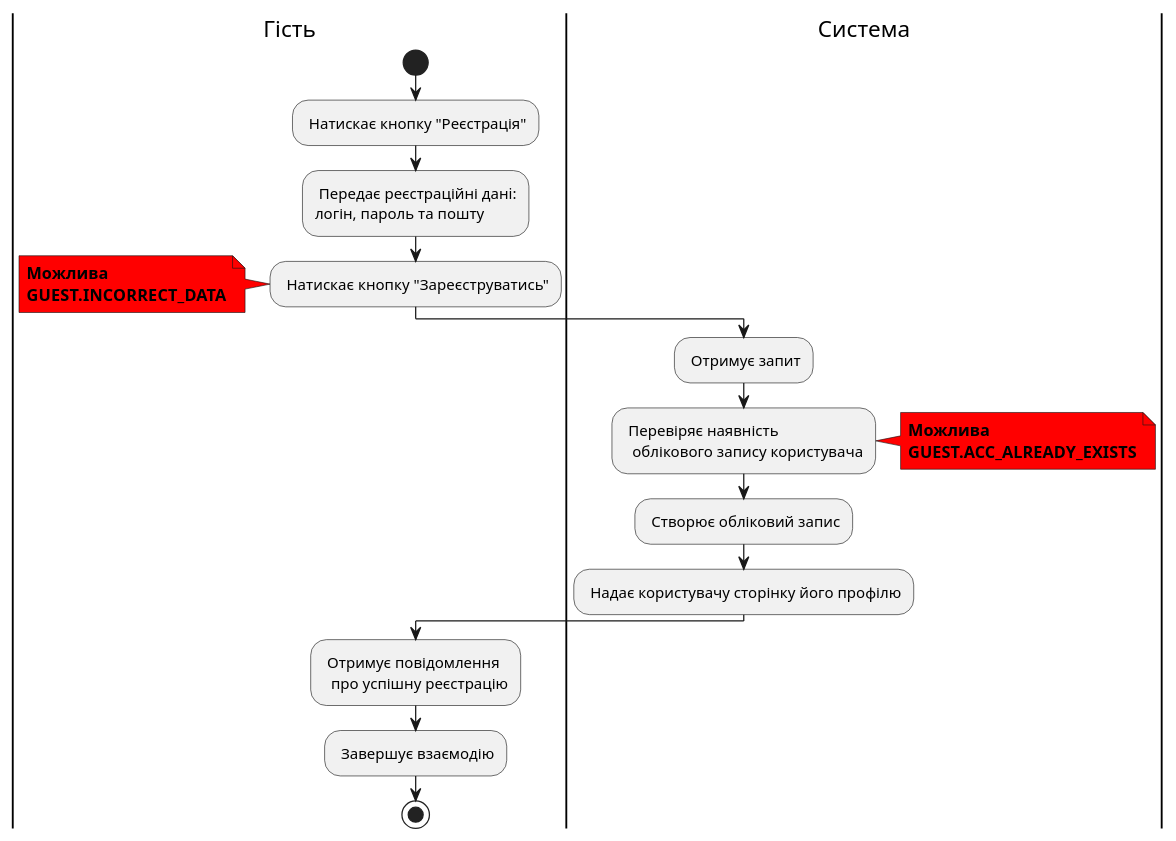
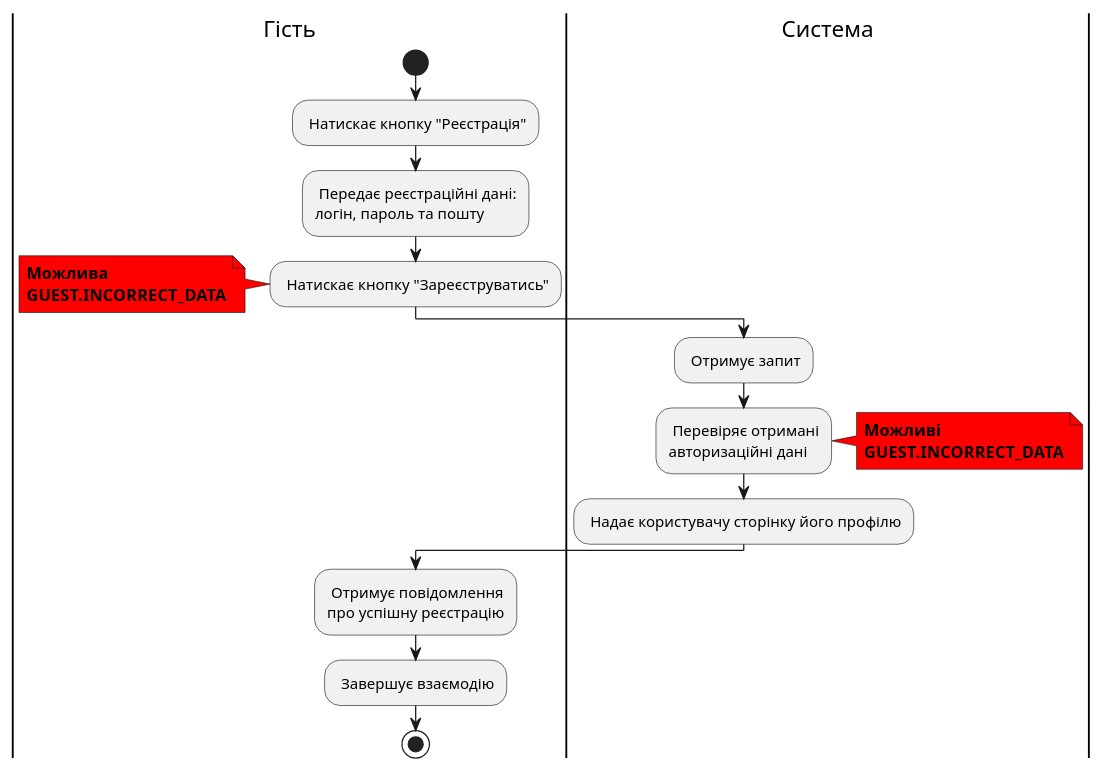
One commit to michigang1/ImForms changed the fifth of 22 diagrams in docs/use cases/README.md. Above: the diagram before and after it, drawn with PlantUML. The commit also changed other lines of this file, not shown here.

Commit message:
Lab 3 diagram editing

```diff
--- a/docs/use cases/README.md
+++ b/docs/use cases/README.md
@@ -154,33 +154,32 @@
 @startuml
 
 |Гість|
 start
 : Натискає кнопку "Реєстрація";
 : Передає реєстраційні данi:
 логін, пароль та пошту;
 : Натискає кнопку "Зареєструватись";
 note left #ff0000
 <b>Можлива</b>
 <b>GUEST.INCORRECT_DATA</b>
 end note
 
 |Система|
-        : Отримує запит;
-        : Перевіряє наявність
-          облікового запису користувача;
+: Отримує запит;
+
+: Перевіряє отримані
+авторизаційні дані;
 
        note right #ff0000
-       <b>Можлива</b>
-       <b>GUEST.ACC_ALREADY_EXISTS</b>
+       <b>Можливі</b>
+       <b>GUEST.INCORRECT_DATA</b>
        end note
-
-       : Створює обліковий запис;
 
        : Надає користувачу сторінку його профілю;
 
 |Гість|
-        : Отримує повідомлення
-          про успішну реєстрацію;
-        : Завершує взаємодію;
+: Отримує повідомлення
+про успішну реєстрацію;
+: Завершує взаємодію;
 stop;
 @enduml
```
